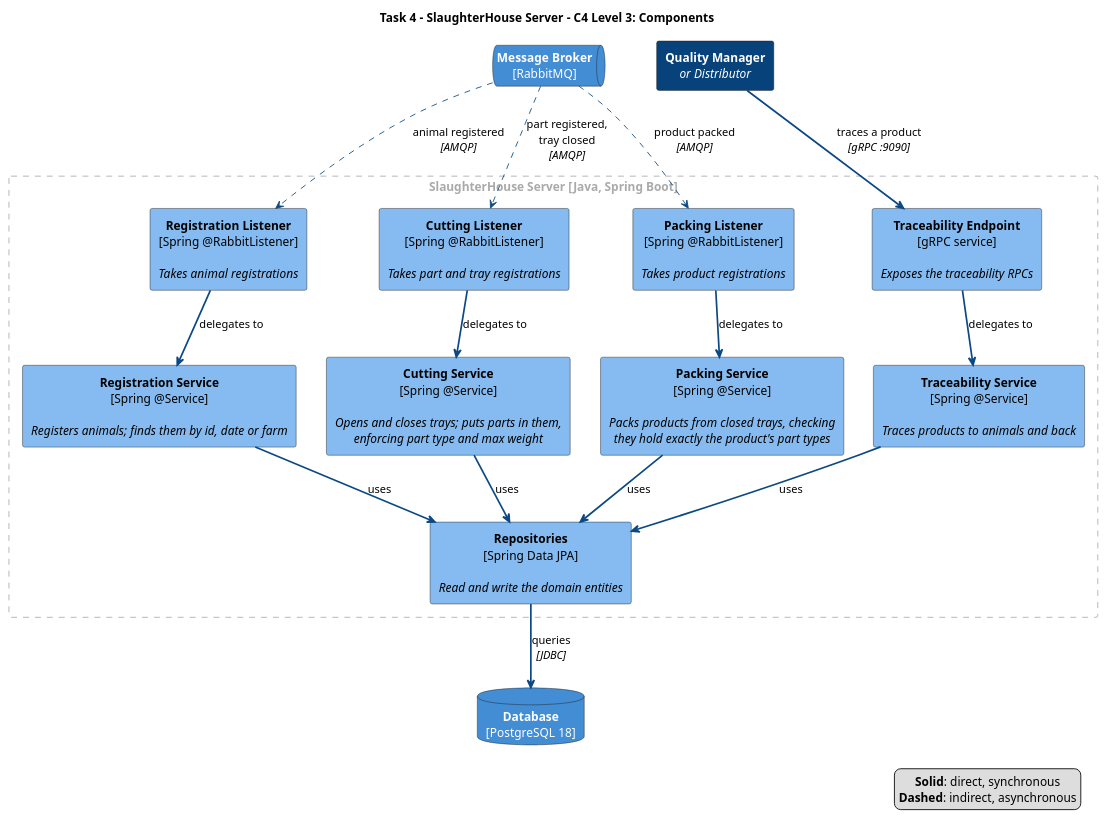
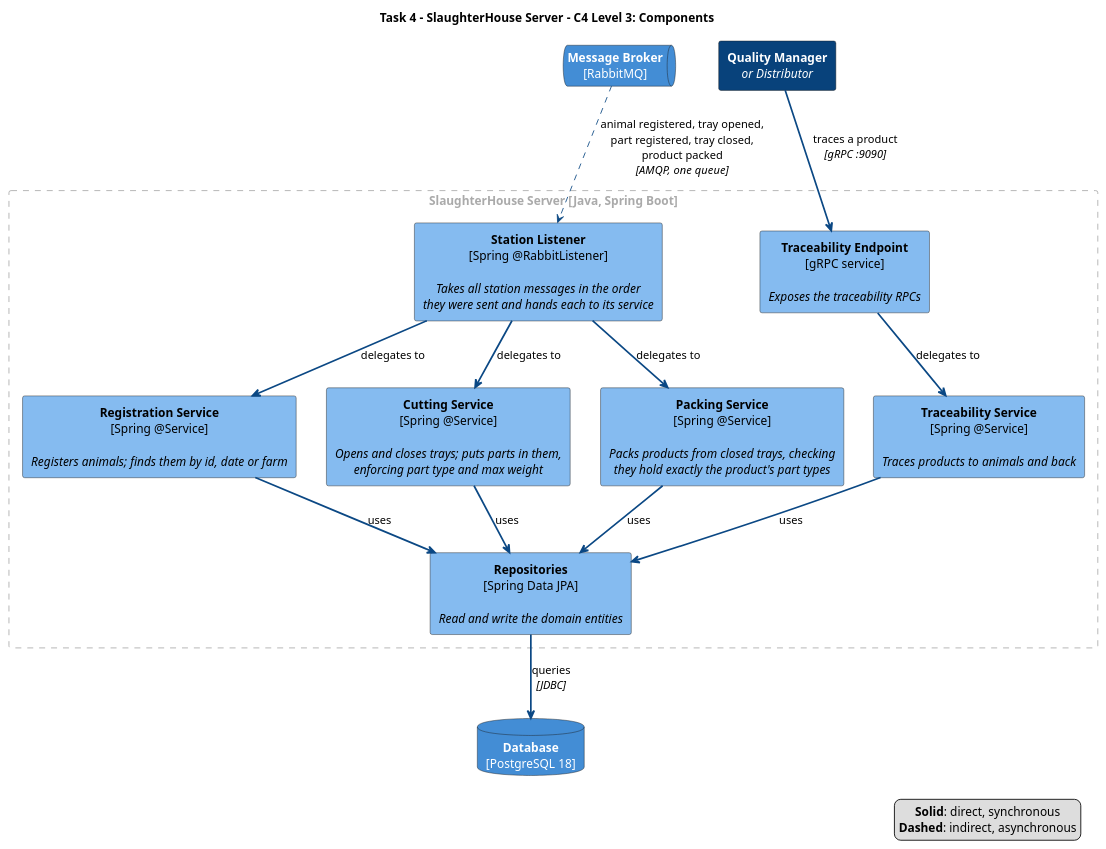
One commit to ahausgaard/DSY changed the diagram in SlaughterHouse/docs/task4-componentDiagram.puml. Above: the diagram before and after it, drawn with PlantUML. The commit also changed 17 other files, not shown here.

```diff
--- a/SlaughterHouse/docs/task4-componentDiagram.puml
+++ b/SlaughterHouse/docs/task4-componentDiagram.puml
@@ -1,79 +1,73 @@
 @startuml task4-c4-l3-component
 title Task 4 - SlaughterHouse Server - C4 Level 3: Components
 
 hide stereotype
 skinparam shadowing false
 skinparam defaultTextAlignment center
 skinparam rectangle<<person>> {
   BackgroundColor #08427B
   FontColor #FFFFFF
 }
 skinparam database<<container>> {
   BackgroundColor #438DD5
   FontColor #FFFFFF
 }
 skinparam queue<<container>> {
   BackgroundColor #438DD5
   FontColor #FFFFFF
 }
 skinparam rectangle<<component>> {
   BackgroundColor #85BBF0
   FontColor #000000
 }
 skinparam rectangle<<boundary>> {
   BackgroundColor transparent
   BorderColor #AAAAAA
   BorderStyle dashed
   FontColor #AAAAAA
 }
 
 queue "**Message Broker**\n[RabbitMQ]" <<container>> as broker
 rectangle "**Quality Manager**\n//or Distributor//" <<person>> as quality
 
 rectangle "SlaughterHouse Server [Java, Spring Boot]" <<boundary>> {
 
-  rectangle "**Registration Listener**\n[Spring @RabbitListener]\n\n//Takes animal registrations//" <<component>> as regListener
-
-  rectangle "**Cutting Listener**\n[Spring @RabbitListener]\n\n//Takes part and tray registrations//" <<component>> as cuttingListener
-
-  rectangle "**Packing Listener**\n[Spring @RabbitListener]\n\n//Takes product registrations//" <<component>> as packingListener
+  rectangle "**Station Listener**\n[Spring @RabbitListener]\n\n//Takes all station messages in the order//\n//they were sent and hands each to its service//" <<component>> as listener
 
   rectangle "**Traceability Endpoint**\n[gRPC service]\n\n//Exposes the traceability RPCs//" <<component>> as endpoint
 
   rectangle "**Registration Service**\n[Spring @Service]\n\n//Registers animals; finds them by id, date or farm//" <<component>> as regService
 
   rectangle "**Cutting Service**\n[Spring @Service]\n\n//Opens and closes trays; puts parts in them,//\n//enforcing part type and max weight//" <<component>> as cuttingService
 
   rectangle "**Packing Service**\n[Spring @Service]\n\n//Packs products from closed trays, checking//\n//they hold exactly the product's part types//" <<component>> as packingService
 
   rectangle "**Traceability Service**\n[Spring @Service]\n\n//Traces products to animals and back//" <<component>> as traceService
 
   rectangle "**Repositories**\n[Spring Data JPA]\n\n//Read and write the domain entities//" <<component>> as repos
 }
 
 database "**Database**\n[PostgreSQL 18]" <<container>> as db
 
 ' Keep the two flows side by side
 broker -[hidden]right- quality
 
-broker  -[#0B4884,dashed]down-> regListener     : animal registered\n//[AMQP]//
-broker  -[#0B4884,dashed]down-> cuttingListener : part registered,\ntray closed\n//[AMQP]//
-broker  -[#0B4884,dashed]down-> packingListener : product packed\n//[AMQP]//
-quality -[#0B4884,bold]down->   endpoint        : traces a product\n//[gRPC :9090]//
+broker   -[#0B4884,dashed]down-> listener : animal registered, tray opened,\npart registered, tray closed,\nproduct packed\n//[AMQP, one queue]//
+quality  -[#0B4884,bold]down->   endpoint : traces a product\n//[gRPC :9090]//
 
-regListener     -[#0B4884,bold]down-> regService     : delegates to
-cuttingListener -[#0B4884,bold]down-> cuttingService : delegates to
-packingListener -[#0B4884,bold]down-> packingService : delegates to
+listener        -[#0B4884,bold]down-> regService     : delegates to
+listener        -[#0B4884,bold]down-> cuttingService : delegates to
+listener        -[#0B4884,bold]down-> packingService : delegates to
 endpoint        -[#0B4884,bold]down-> traceService   : delegates to
 regService      -[#0B4884,bold]down-> repos          : uses
 cuttingService  -[#0B4884,bold]down-> repos          : uses
 packingService  -[#0B4884,bold]down-> repos          : uses
 traceService    -[#0B4884,bold]down-> repos          : uses
 repos           -[#0B4884,bold]down-> db             : queries\n//[JDBC]//
 
 legend right
   **Solid**: direct, synchronous
   **Dashed**: indirect, asynchronous
 endlegend
 
 @enduml
```
